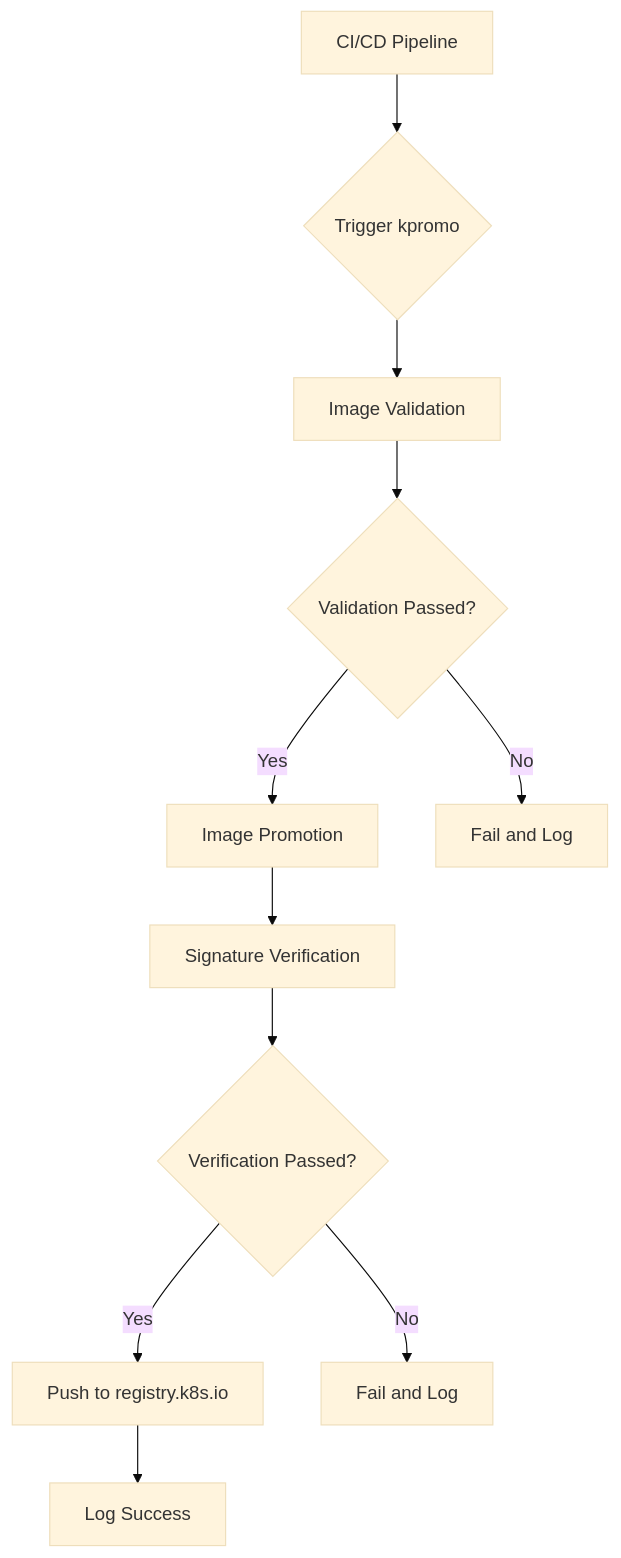
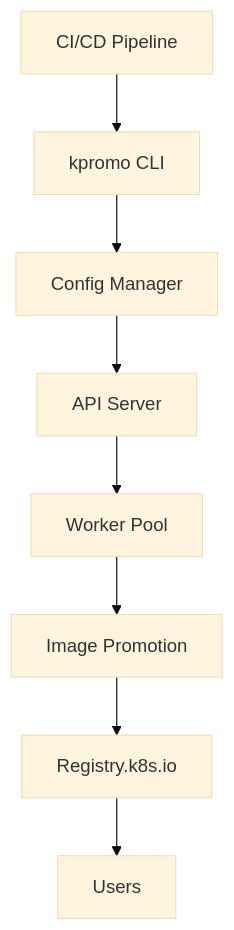
One commit to ape902/laoguo.github.io changed the diagram in content/posts/2026-03-17-the-invisible-rewrite-modernizing-the-kubernetes-image-promoter.md. Above: the diagram before and after it, drawn with Mermaid (base theme). The commit also changed other lines of this file, not shown here.

Commit message:
发布新文章：2026-03-17-the-invisible-rewrite-modernizing-the-kubernetes-image-promoter.md

````diff
--- a/content/posts/2026-03-17-the-invisible-rewrite-modernizing-the-kubernetes-image-promoter.md
+++ b/content/posts/2026-03-17-the-invisible-rewrite-modernizing-the-kubernetes-image-promoter.md
@@ -47,13 +71,10 @@
 ```mermaid
 graph TD
-    A[CI/CD Pipeline] --> B{Trigger kpromo}
-    B --> C[Image Validation]
-    C --> D{Validation Passed?}
-    D -->|Yes| E[Image Promotion]
-    D -->|No| F[Fail and Log]
-    E --> G[Signature Verification]
-    G --> H{Verification Passed?}
-    H -->|Yes| I[Push to registry.k8s.io]
-    H -->|No| J[Fail and Log]
-    I --> K[Log Success]
+    A[CI/CD Pipeline] --> B[kpromo CLI]
+    B --> C[Config Manager]
+    C --> D[API Server]
+    D --> E[Worker Pool]
+    E --> F[Image Promotion]
+    F --> G[Registry.k8s.io]
+    G --> H[Users]
 ```
````
